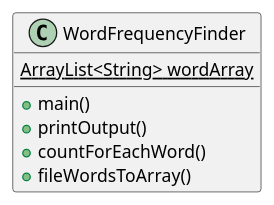
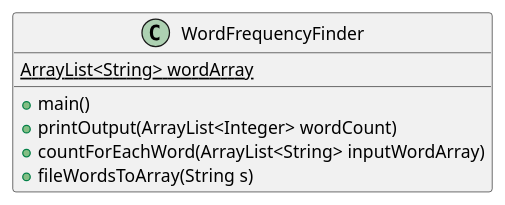
The diagram in src/main/java/ex46/ex46.puml (JesseJ756/JavaPractice), drawn with PlantUML before and after one commit. The commit also changed 2 other files, not shown here.

Commit message:
added Pseudo Code to ex46, deleted Pseudo Code from ex46 Java code, updated UML

```diff
--- a/src/main/java/ex46/ex46.puml
+++ b/src/main/java/ex46/ex46.puml
@@ -1,12 +1,12 @@
 @startuml
 'https://plantuml.com/sequence-diagram
 class WordFrequencyFinder
 {
 {static} ArrayList<String> wordArray
 + main()
-+ printOutput()
-+ countForEachWord()
-+ fileWordsToArray()
++ printOutput(ArrayList<Integer> wordCount)
++ countForEachWord(ArrayList<String> inputWordArray)
++ fileWordsToArray(String s)
 }
 
 @enduml
```
